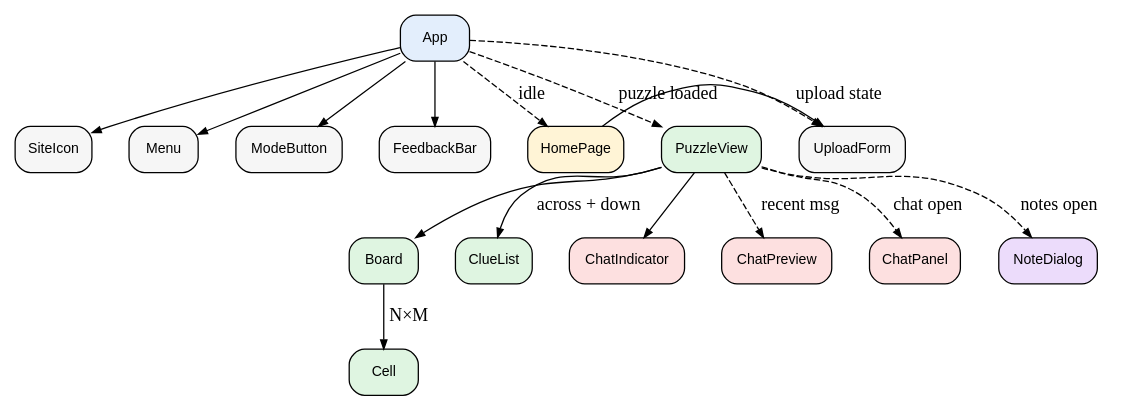
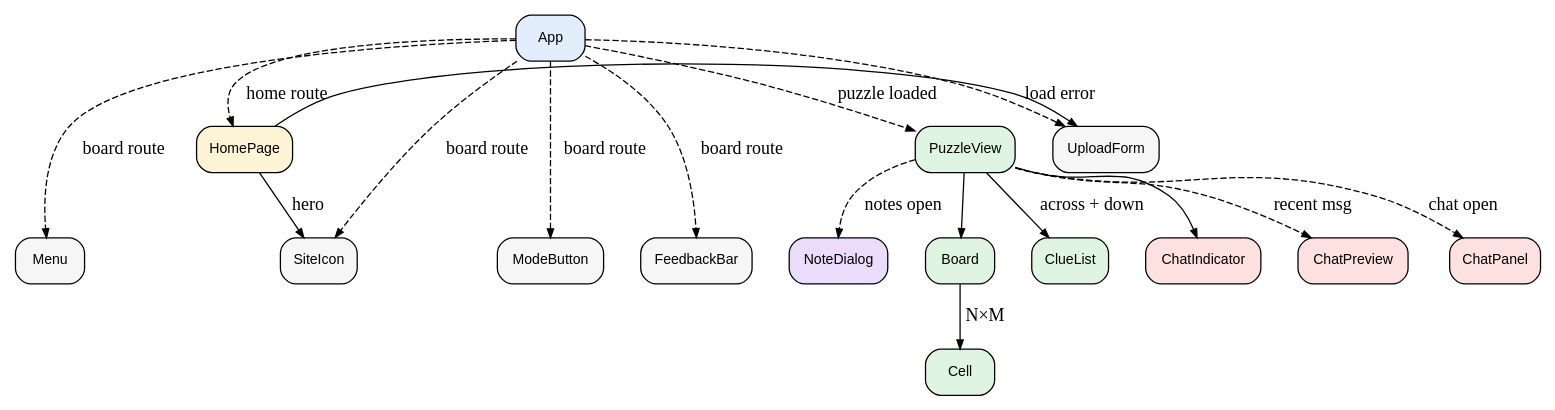
One commit to joelburton/crossplay changed the diagram in docs/components.dot. Above: the diagram before and after it, drawn with Graphviz. The commit also changed 18 other files, not shown here.

First line of the commit message:
Home page refresh: hero, per-board fill % + friendly date, filters

```diff
--- a/docs/components.dot
+++ b/docs/components.dot
@@ -1,76 +1,83 @@
 // React component tree for Crossplay's client.
 // Render with: dot -Tpng docs/components.dot -o docs/components.png
 //
 // Edges are parent → child render relationships (what a component
 // actually mounts). Dashed edges indicate a component is rendered
 // conditionally (route, idle/loaded state, or panel-open flag).
 //
 // Hooks and pure helpers (cursor.ts, chatIdentity.ts, draggablePanel.ts,
 // linkify.tsx, previewText.ts, useBoardSocket.ts) are intentionally
 // omitted — this is a render tree, not a module graph.
 
 digraph CrossplayComponents {
   rankdir=TB;
   splines=true;
   nodesep=0.4;
   ranksep=0.5;
   bgcolor="white";
   node [
     shape=box,
     style="rounded,filled",
     fontname="Helvetica",
     fontsize=11,
     color="#444",
     penwidth=1
   ];
   edge [color="#666", arrowsize=0.7];
 
-  // Top-level shell + always-visible chrome
+  // Top-level shell
   App           [fillcolor="#e3eefc"];
+
+  // Board-page chrome (only mounted when a puzzle is loaded — the home
+  // route uses a separate hero header inside HomePage instead)
   SiteIcon      [fillcolor="#f6f6f6"];
   Menu          [fillcolor="#f6f6f6"];
   ModeButton    [fillcolor="#f6f6f6"];
   FeedbackBar   [fillcolor="#f6f6f6"];
 
   // Route-level views
   HomePage      [fillcolor="#fff4d6"];
   PuzzleView    [fillcolor="#dff5e1"];
   UploadForm    [fillcolor="#f6f6f6"];
 
   // PuzzleView's children
   Board         [fillcolor="#dff5e1"];
   Cell          [fillcolor="#dff5e1"];
   ClueList      [fillcolor="#dff5e1"];
   ChatIndicator [fillcolor="#fde0e0"];
   ChatPreview   [fillcolor="#fde0e0"];
   ChatPanel     [fillcolor="#fde0e0"];
   NoteDialog    [fillcolor="#ecdcfb"];
 
-  // App always renders these
-  App -> SiteIcon;
-  App -> Menu;
-  App -> ModeButton;
-  App -> FeedbackBar;
+  // App's header chrome is only rendered on the board route (the
+  // home route has its own hero inside HomePage)
+  App -> SiteIcon    [style=dashed, label="board route"];
+  App -> Menu        [style=dashed, label="board route"];
+  App -> ModeButton  [style=dashed, label="board route"];
+  App -> FeedbackBar [style=dashed, label="board route"];
 
   // Route / load-state branches
-  App -> HomePage   [style=dashed, label="idle"];
-  App -> UploadForm [style=dashed, label="upload state"];
+  App -> HomePage   [style=dashed, label="home route"];
+  App -> UploadForm [style=dashed, label="load error"];
   App -> PuzzleView [style=dashed, label="puzzle loaded"];
 
+  // HomePage owns its own header chrome (centered hero) plus the
+  // upload form section
+  HomePage -> SiteIcon   [label="hero"];
   HomePage -> UploadForm;
 
   // PuzzleView's render tree
   PuzzleView -> Board;
   PuzzleView -> ClueList    [label="across + down"];
   PuzzleView -> ChatIndicator;
   PuzzleView -> ChatPreview [style=dashed, label="recent msg"];
   PuzzleView -> ChatPanel   [style=dashed, label="chat open"];
   PuzzleView -> NoteDialog  [style=dashed, label="notes open"];
 
   Board -> Cell [label="N×M"];
 
   // Layout hints
   { rank=same; SiteIcon; Menu; ModeButton; FeedbackBar; }
   { rank=same; HomePage; UploadForm; PuzzleView; }
   { rank=same; ChatIndicator; ChatPreview; ChatPanel; NoteDialog; }
 }
```
